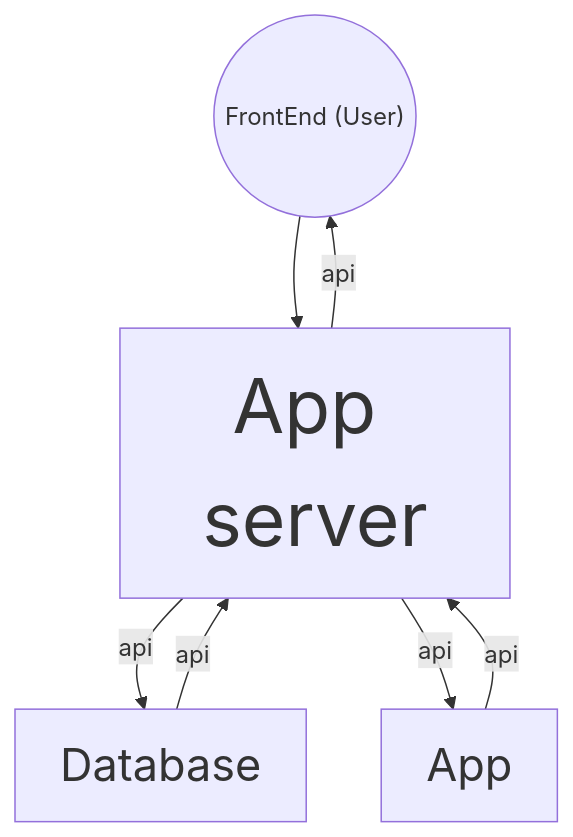
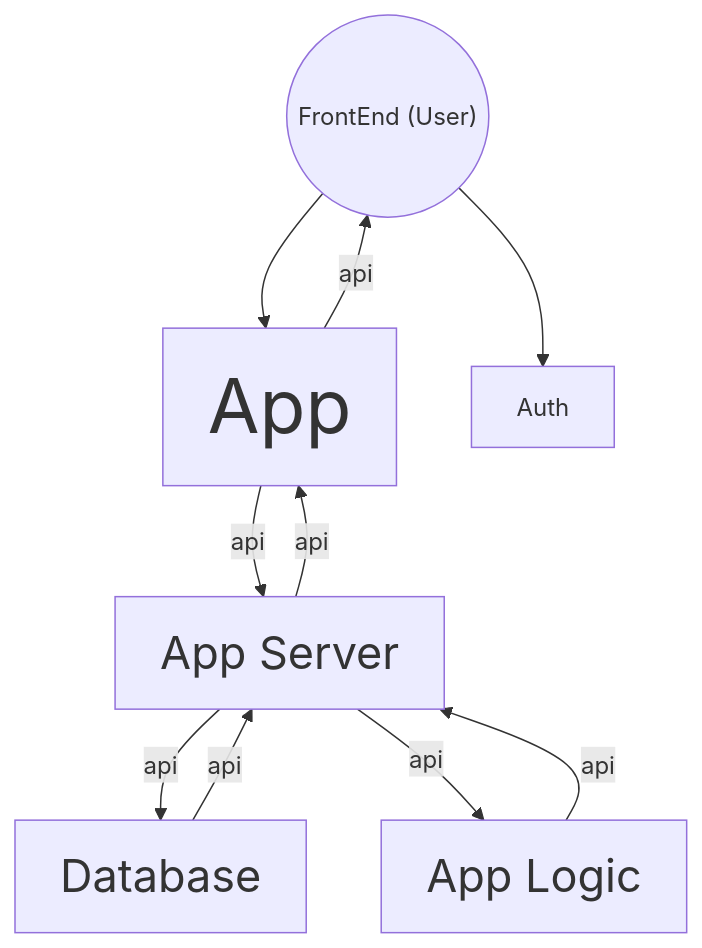
The second of 2 diagrams in docs/architecture.md (ZeroToRust/newsletter-rs), drawn with Mermaid before and after one commit. The commit also changed other lines of this file, not shown here.

Commit message:
chore: Modified architecture

````diff
--- a/docs/architecture.md
+++ b/docs/architecture.md
@@ -44,13 +44,16 @@
 ```mermaid 
 
 flowchart TD
-    A(("FrontEnd (User)")) -->  B[App server]:::larger
+    A(("FrontEnd (User)")) -->  B[App]:::larger
     B --api--> A
-    B --api--> C["Database "]:::large
-    C --api--> B
-    D[App]:::large --api--> B
-    B --api--> D
+    A --> F[Auth] 
+    E--api--> C["Database "]:::large
+    C --api--> E
+    D[App Logic]:::large --api--> E
+    E --api--> D
+    E --api--> B
+    B --api--> E[App Server]:::large
 
 classDef large font-size:30px;
 classDef larger font-size:50px; 
 ```
````
